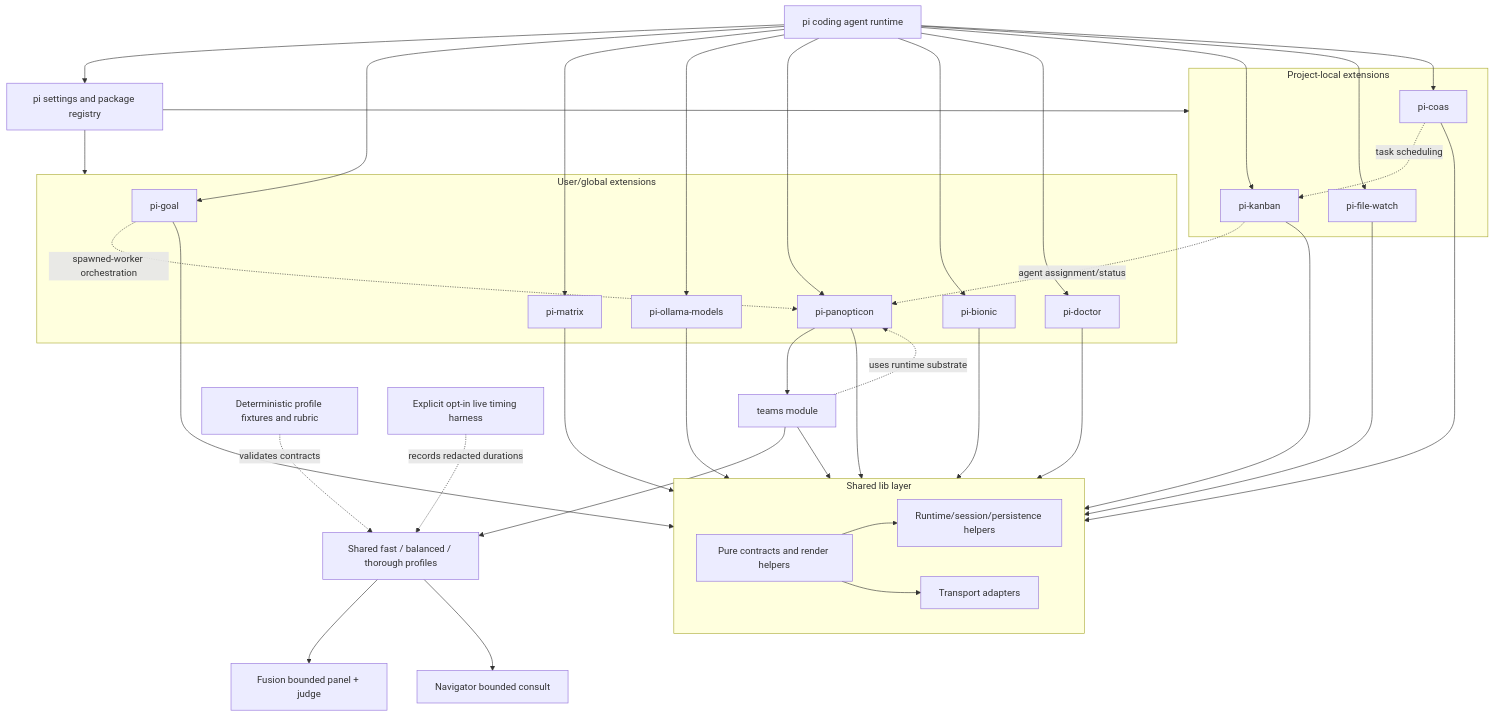
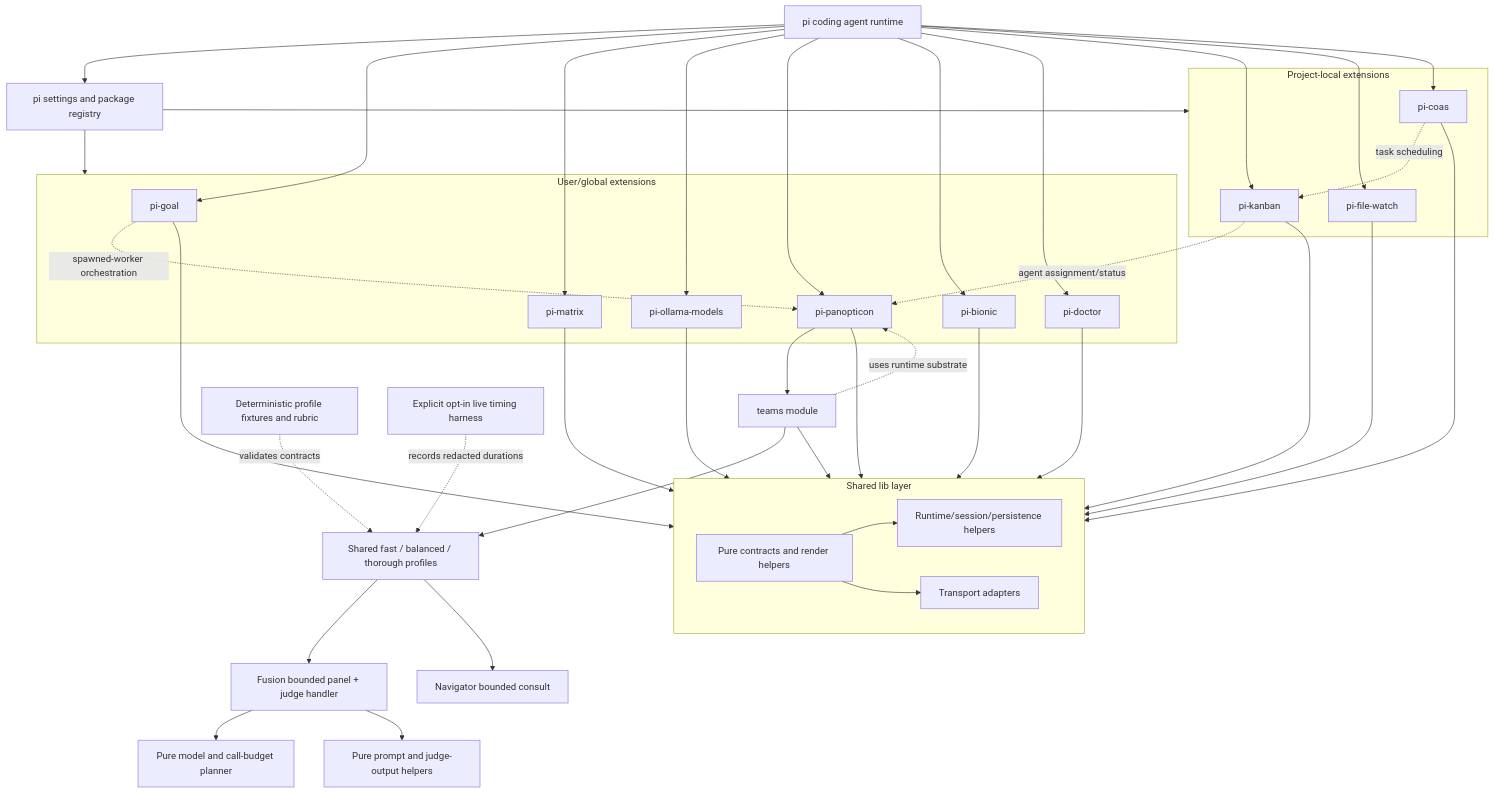
Before and after one commit to tS7hKamAYL84j91/pi-tools-and-skills: the first of 17 diagrams in docs/architecture.md, drawn with Mermaid. The commit also changed 3 other files, not shown here.

Commit message:
refactor(teams): split fusion planning and output helpers

````diff
--- a/docs/architecture.md
+++ b/docs/architecture.md
@@ -57,61 +57,63 @@
 ```mermaid
 flowchart TD
   Pi[pi coding agent runtime] --> Settings[pi settings and package registry]
   Settings --> GlobalExt[User/global extensions]
   Settings --> ProjectExt[Project-local extensions]
 
   subgraph SharedLib[Shared lib layer]
     Core[Pure contracts and render helpers]
     Runtime[Runtime/session/persistence helpers]
     Transports[Transport adapters]
     Core --> Runtime
     Core --> Transports
   end
 
   subgraph GlobalExt[User/global extensions]
     Goal[pi-goal]
     Matrix[pi-matrix]
     OllamaModels[pi-ollama-models]
     Panopticon[pi-panopticon]
     Bionic[pi-bionic]
     Doctor[pi-doctor]
   end
 
   subgraph ProjectExt[Project-local extensions]
     Kanban[pi-kanban]
     FileWatch[pi-file-watch]
     COAS[pi-coas]
   end
 
   Pi --> Goal
   Pi --> Matrix
   Pi --> OllamaModels
   Pi --> Panopticon
   Panopticon --> TeamsModule[teams module]
   TeamsModule --> TeamProfiles[Shared fast / balanced / thorough profiles]
-  TeamProfiles --> Fusion[Fusion bounded panel + judge]
+  TeamProfiles --> Fusion[Fusion bounded panel + judge handler]
+  Fusion --> FusionPlanner[Pure model and call-budget planner]
+  Fusion --> FusionOutput[Pure prompt and judge-output helpers]
   TeamProfiles --> Navigator[Navigator bounded consult]
   ProfileFixtures[Deterministic profile fixtures and rubric] -. validates contracts .-> TeamProfiles
   LiveHarness[Explicit opt-in live timing harness] -. records redacted durations .-> TeamProfiles
   Pi --> Bionic
   Pi --> Doctor
   Pi --> Kanban
   Pi --> FileWatch
   Pi --> COAS
 
   Goal --> SharedLib
   Matrix --> SharedLib
   OllamaModels --> SharedLib
   Panopticon --> SharedLib
   TeamsModule --> SharedLib
   Bionic --> SharedLib
   Doctor --> SharedLib
   Kanban --> SharedLib
   FileWatch --> SharedLib
   COAS --> SharedLib
 
   TeamsModule -. uses runtime substrate .-> Panopticon
   Kanban -. agent assignment/status .-> Panopticon
   Goal -. spawned-worker orchestration .-> Panopticon
   COAS -. task scheduling .-> Kanban
 ```
````
